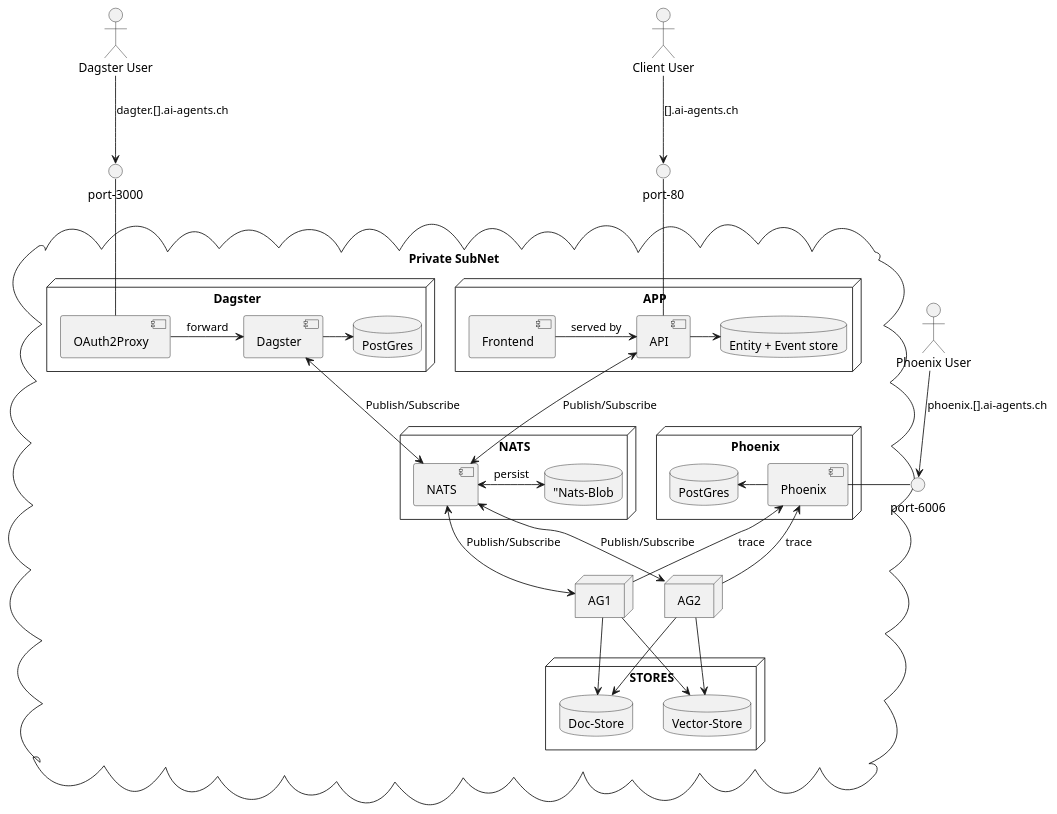
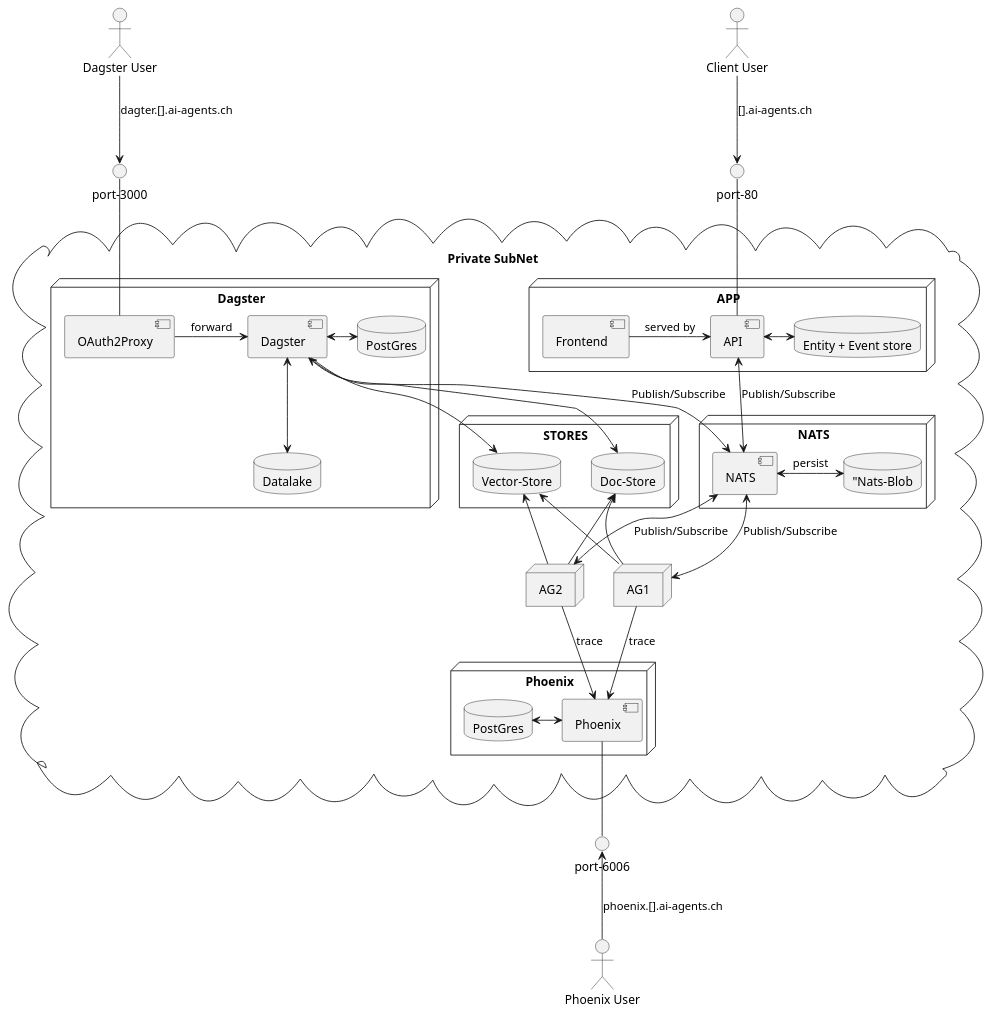
The diagram in docs_core/arc42/07_deployment_view.md (bbvch-ai/aihub-core), drawn with PlantUML before and after one commit.

Commit message:
rearange deployment diagramm

```diff
--- a/docs_core/arc42/07_deployment_view.md
+++ b/docs_core/arc42/07_deployment_view.md
@@ -120,7 +120,7 @@
     [API] as api
     [Frontend] as fapp
     database "Entity + Event store" as eventstore
-    api -> eventstore
+    api <-> eventstore
     fapp -> api : served by
 
   }
@@ -139,43 +139,52 @@
  
   }
   
+
+  
   node "AG1" as ag1
   node "AG2" as ag2
 
 
-   node "Phoenix" as PH {
-     database "PostGres" as pg_ph
-     [Phoenix] as phoenix
-     phoenix -left-> pg_ph
-   }
+
    
    node "Dagster" as DG {
      database "PostGres" as pg_dg
+     database "Datalake" as lake
      [Dagster] as dagster
      [OAuth2Proxy] as dagster_proxy
-     dagster -> pg_dg
+     dagster <-> pg_dg
+     dagster <-down-> lake
      dagster_proxy -> dagster : forward
+   }
+   
+        node "Phoenix" as PH {
+     database "PostGres" as pg_ph
+     [Phoenix] as phoenix
+     phoenix <-left-> pg_ph
    }
 }
 
 ' Example of relationships (adjust as per the drawing)
-api <--> nats : Publish/Subscribe
-dagster <--> nats : Publish/Subscribe
+dagster -down-> vectorDB
+dagster -down-> docstore
+api <-down-> nats : Publish/Subscribe
+dagster <-right-> nats : Publish/Subscribe
 ag1 <-up-> nats : Publish/Subscribe
 ag2 <-up-> nats : Publish/Subscribe
-ag1 -up-> phoenix : trace
-ag2 -up-> phoenix : trace
-ag1 -down-> docstore
-ag2 -down-> docstore
-ag2 -down-> vectorDB
-ag1 -down-> vectorDB
+ag1 -down-> phoenix : trace
+ag2 -right-> phoenix : trace
+ag1 -up-> docstore
+ag2 -up-> docstore
+ag2 -up-> vectorDB
+ag1 -up-> vectorDB
+
 
 circle "port-3000" as p3000
 circle "port-6006" as p6006
 circle "port-80" as p80
 
 p80 -down- api
-p6006 - phoenix
+p6006 -up- phoenix
 p3000 -down- dagster_proxy
 
 :Client User: as user
@@ -184,7 +193,7 @@
 
 user --> p80 : [].ai-agents.ch
 dg_user --> p3000 : dagter.[].ai-agents.ch
-ph_user -down-> p6006 : phoenix.[].ai-agents.ch
+ph_user -up-> p6006 : phoenix.[].ai-agents.ch
 
 
 @enduml
```
